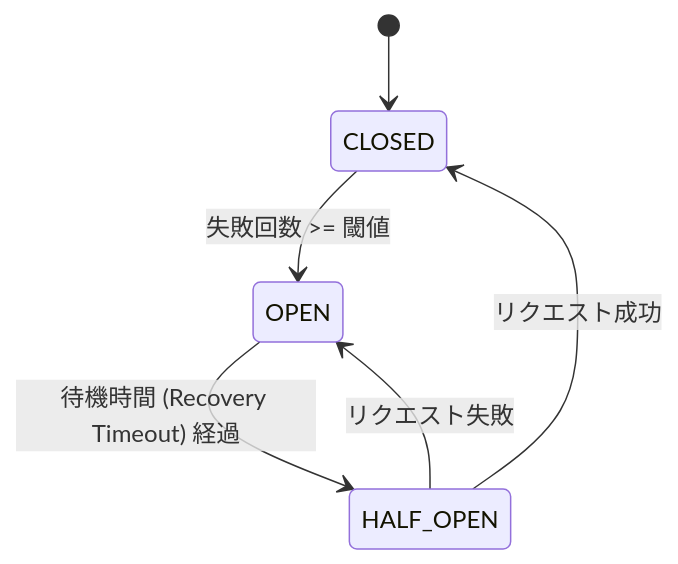
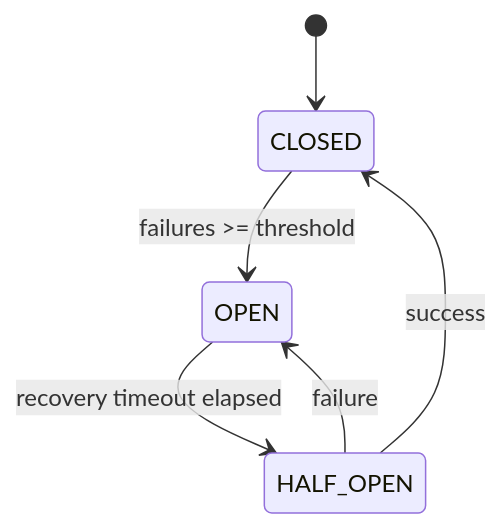
Before and after one commit to poruru-code/esb: the diagram in services/gateway/docs/resilience.md, drawn with Mermaid. The commit also changed other lines of this file and 31 other files, not shown here.

````diff
--- a/services/gateway/docs/resilience.md
+++ b/services/gateway/docs/resilience.md
@@ -19,10 +18,8 @@
 ```mermaid
 stateDiagram-v2
     [*] --> CLOSED
-
-    CLOSED --> OPEN: 失敗回数 >= 閾値
-    OPEN --> HALF_OPEN: 待機時間 (Recovery Timeout) 経過
-
-    HALF_OPEN --> CLOSED: リクエスト成功
-    HALF_OPEN --> OPEN: リクエスト失敗
+    CLOSED --> OPEN: failures >= threshold
+    OPEN --> HALF_OPEN: recovery timeout elapsed
+    HALF_OPEN --> CLOSED: success
+    HALF_OPEN --> OPEN: failure
 ```
````
